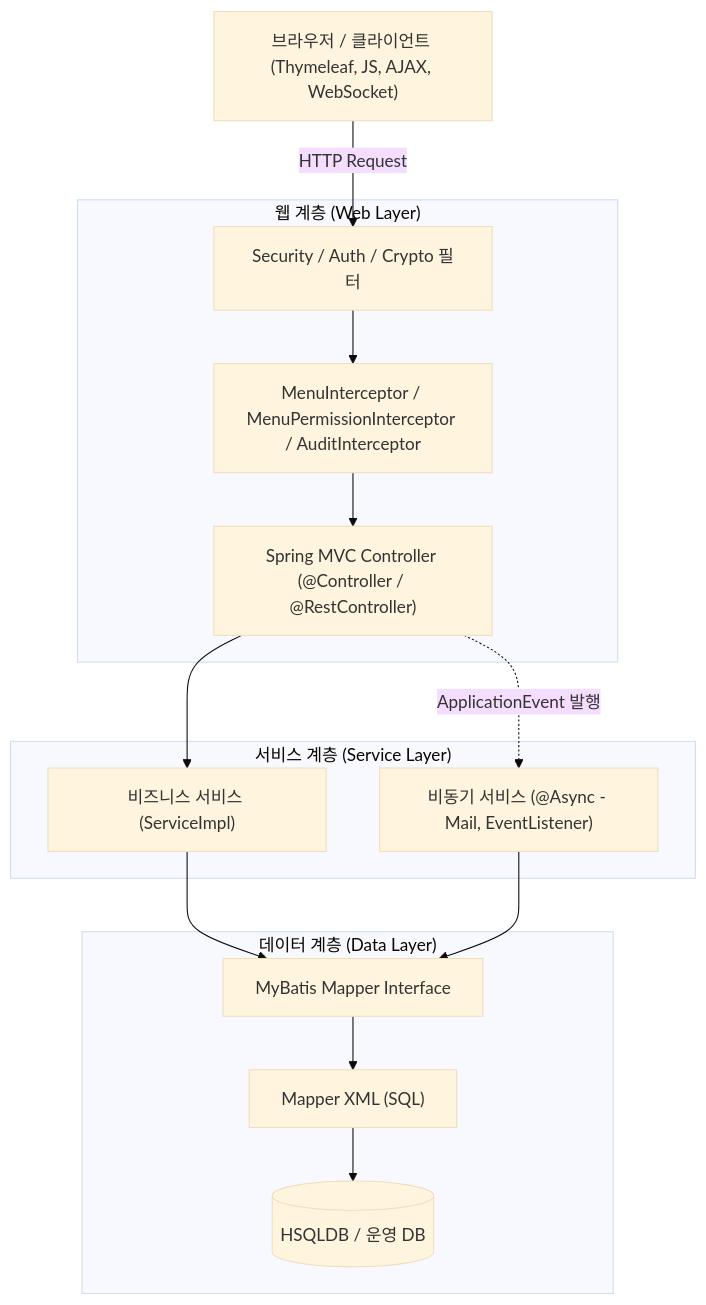
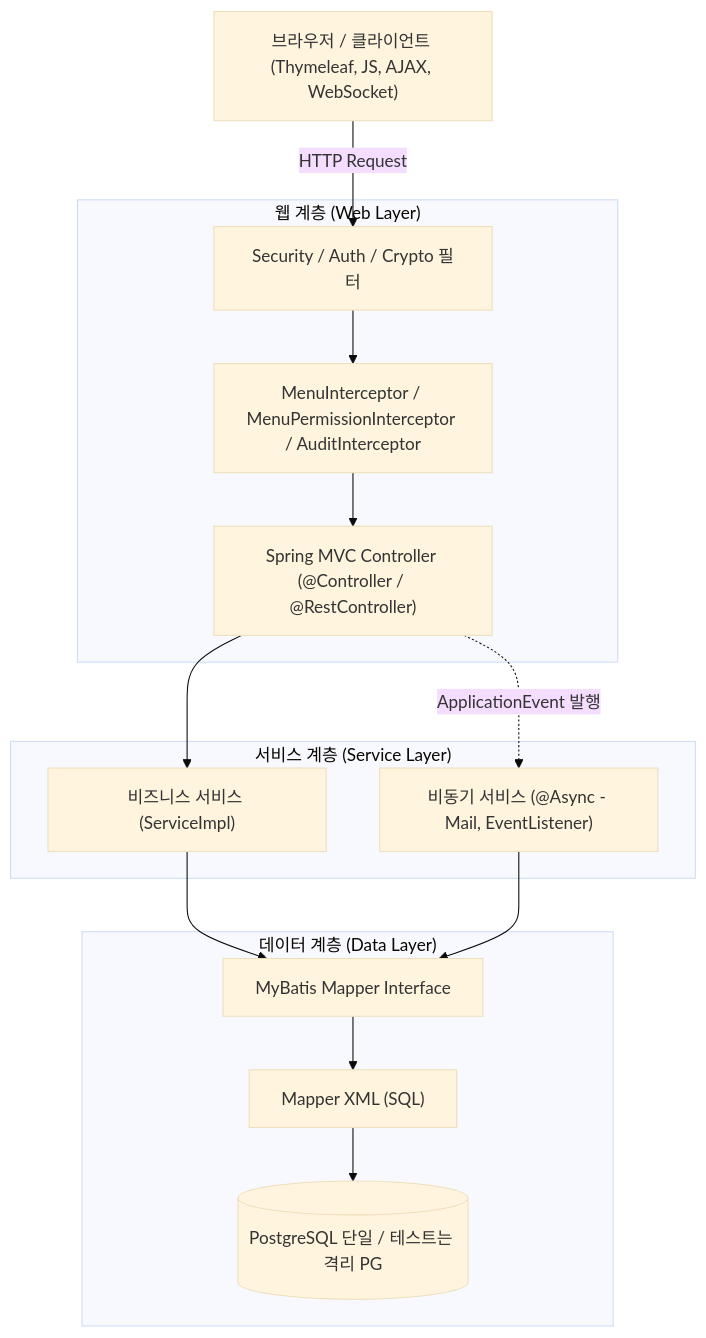
One commit to kdh11112/Arkive changed the diagram in docs/ai/project/project-context.md. Above: the diagram before and after it, drawn with Mermaid (base theme). The commit also changed other lines of this file and 56 other files, not shown here.

Commit message:
PostgreSQL 전환, GUI 검증 기록 및 테스트 인프라 정리 반영

````diff
--- a/docs/ai/project/project-context.md
+++ b/docs/ai/project/project-context.md
@@ -58,31 +61,31 @@
 ```mermaid
 flowchart TD
     Client["브라우저 / 클라이언트 (Thymeleaf, JS, AJAX, WebSocket)"]
     
     subgraph WebLayer["웹 계층 (Web Layer)"]
         Filter["Security / Auth / Crypto 필터"]
         Interceptor["MenuInterceptor / MenuPermissionInterceptor / AuditInterceptor"]
         Controller["Spring MVC Controller (@Controller / @RestController)"]
     end
     
     subgraph ServiceLayer["서비스 계층 (Service Layer)"]
         Service["비즈니스 서비스 (ServiceImpl)"]
         AsyncService["비동기 서비스 (@Async - Mail, EventListener)"]
     end
     
     subgraph DataLayer["데이터 계층 (Data Layer)"]
         Mapper["MyBatis Mapper Interface"]
         MapperXml["Mapper XML (SQL)"]
-        DB[(HSQLDB / 운영 DB)]
+        DB[(PostgreSQL 단일 / 테스트는 격리 PG)]
     end
 
     Client -->|HTTP Request| Filter
     Filter --> Interceptor
     Interceptor --> Controller
     Controller --> Service
     Controller -.->|ApplicationEvent 발행| AsyncService
     Service --> Mapper
     AsyncService --> Mapper
     Mapper --> MapperXml
     MapperXml --> DB
 ```
````
